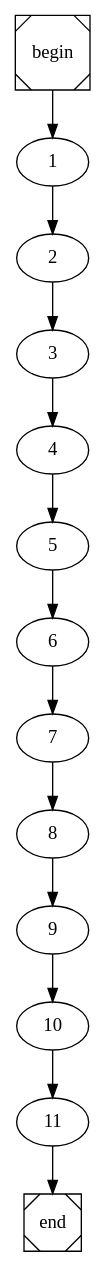
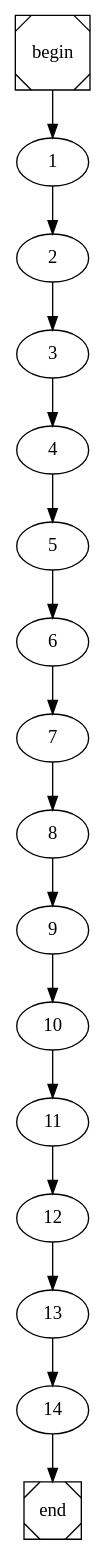
One commit to arubenruben/JMM-Compiler changed the diagram in main.dot. Above: the diagram before and after it, drawn with Graphviz. The commit also changed 4 other files, not shown here.

```diff
--- a/main.dot
+++ b/main.dot
@@ -1,4 +1,4 @@
 digraph cfg {
 	begin [shape=Msquare];
 	end [shape=Msquare];
-	begin -> 1;	1 -> 2;	2 -> 3;	3 -> 4;	4 -> 5;	5 -> 6;	6 -> 7;	7 -> 8;	8 -> 9;	9 -> 10;	10 -> 11;	11 -> end;}
+	begin -> 1;	1 -> 2;	2 -> 3;	3 -> 4;	4 -> 5;	5 -> 6;	6 -> 7;	7 -> 8;	8 -> 9;	9 -> 10;	10 -> 11;	11 -> 12;	12 -> 13;	13 -> 14;	14 -> end;}
```
